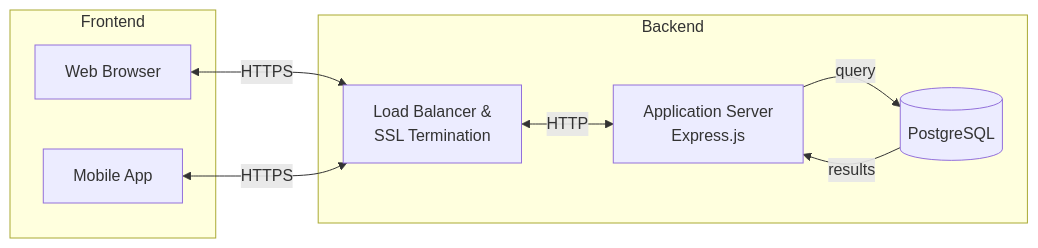
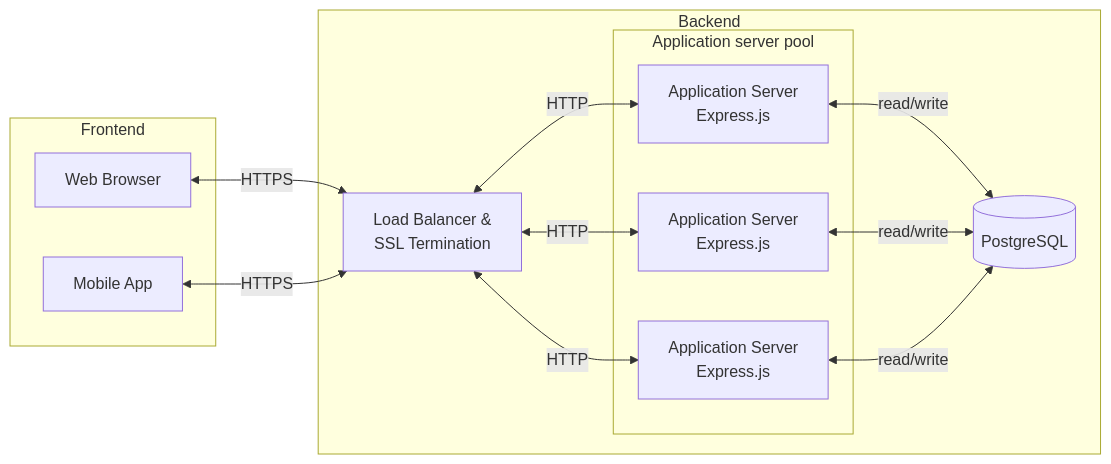
The diagram in documentation/docs/requirements/system-block-diagram.md (Capstone-Projects-2023-Spring/project-tool-shed), drawn with Mermaid before and after one commit.

````diff
--- a/documentation/docs/requirements/system-block-diagram.md
+++ b/documentation/docs/requirements/system-block-diagram.md
@@ -7,12 +7,20 @@
 ```mermaid
 graph LR
   subgraph backend [Backend]
-  B[Load Balancer &\nSSL Termination] <-->|HTTP| C[Application Server\nExpress.js]
-  C -->|query| D[(PostgreSQL)]
-  D -->|results| C
+  B[Load Balancer &\nSSL Termination] <-->|HTTP| C
+  B <-->|HTTP| CC
+  B <-->|HTTP| CCC
+  subgraph Q [Application server pool]
+  C[Application Server\nExpress.js]
+  CC[Application Server\nExpress.js]
+  CCC[Application Server\nExpress.js]
+  end
+  C <-->|read/write| D[(PostgreSQL)]
+  CC <-->|read/write| D[(PostgreSQL)]
+  CCC <-->|read/write| D[(PostgreSQL)]
   end
   subgraph frontend [Frontend]
   A[Web Browser] <-->|HTTPS| B
   E[Mobile App] <-->|HTTPS| B
   end
 ```
````
